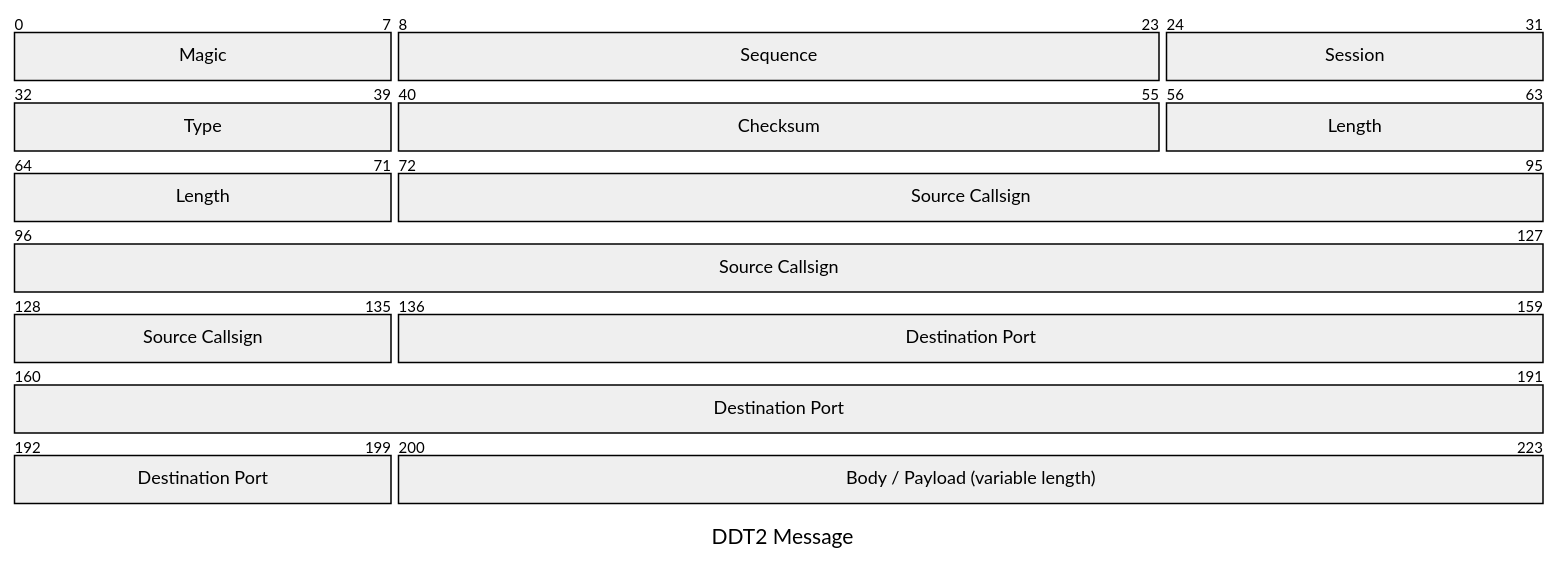
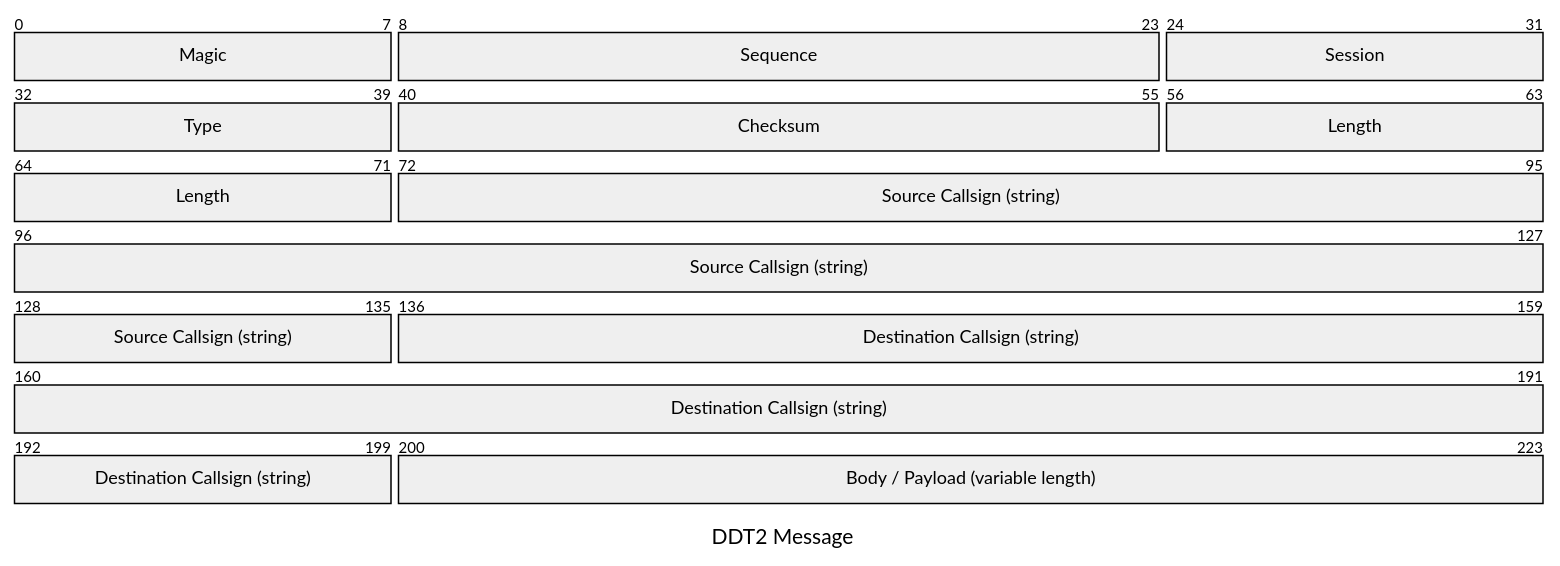
The first of 2 diagrams in doc/ddt2.md (dscp46/dissectors), drawn with Mermaid before and after one commit.

````diff
--- a/doc/ddt2.md
+++ b/doc/ddt2.md
@@ -10,15 +10,15 @@
 ```mermaid
 ---
 title: "DDT2 Message"
 ---
 packet-beta
   0-7: "Magic"
   8-23: "Sequence"
   24-31: "Session"
   32-39: "Type"
   40-55: "Checksum"
   56-71: "Length"
-  72-135: "Source Callsign"
-  136-199: "Destination Port"
+  72-135: "Source Callsign (string)"
+  136-199: "Destination Callsign (string)"
   200-223: "Body / Payload (variable length)"
 ```
````
